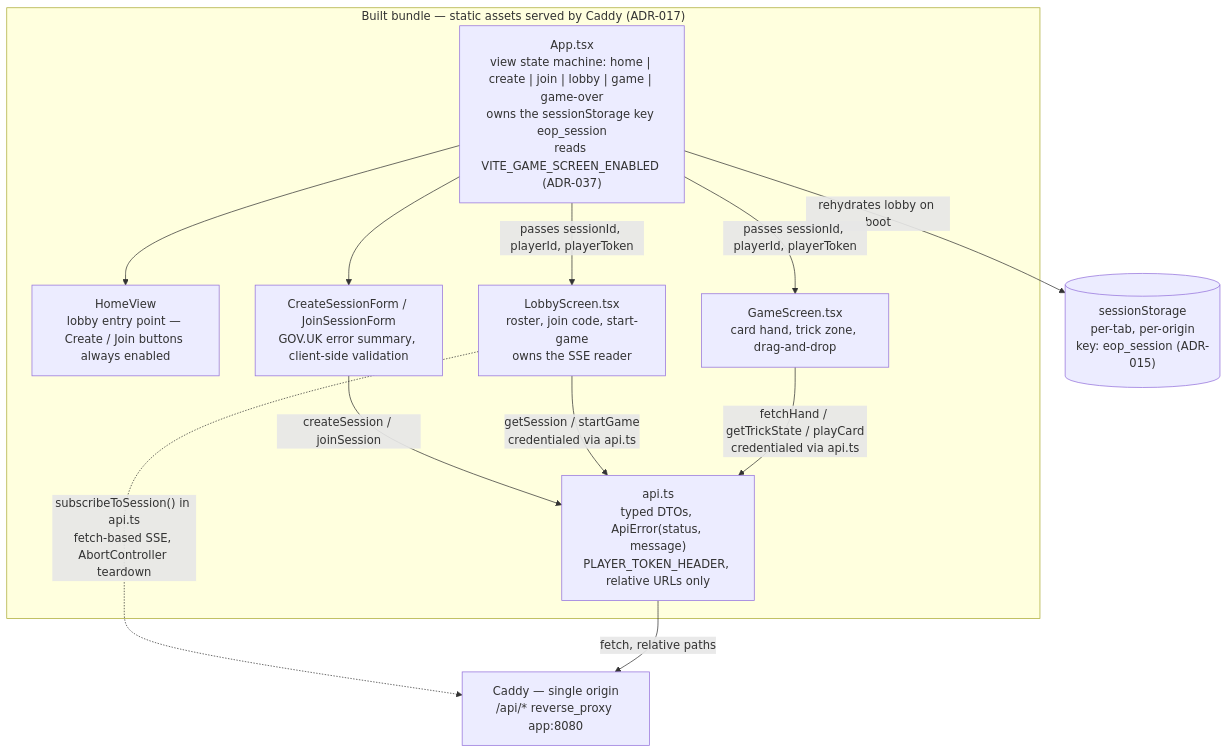
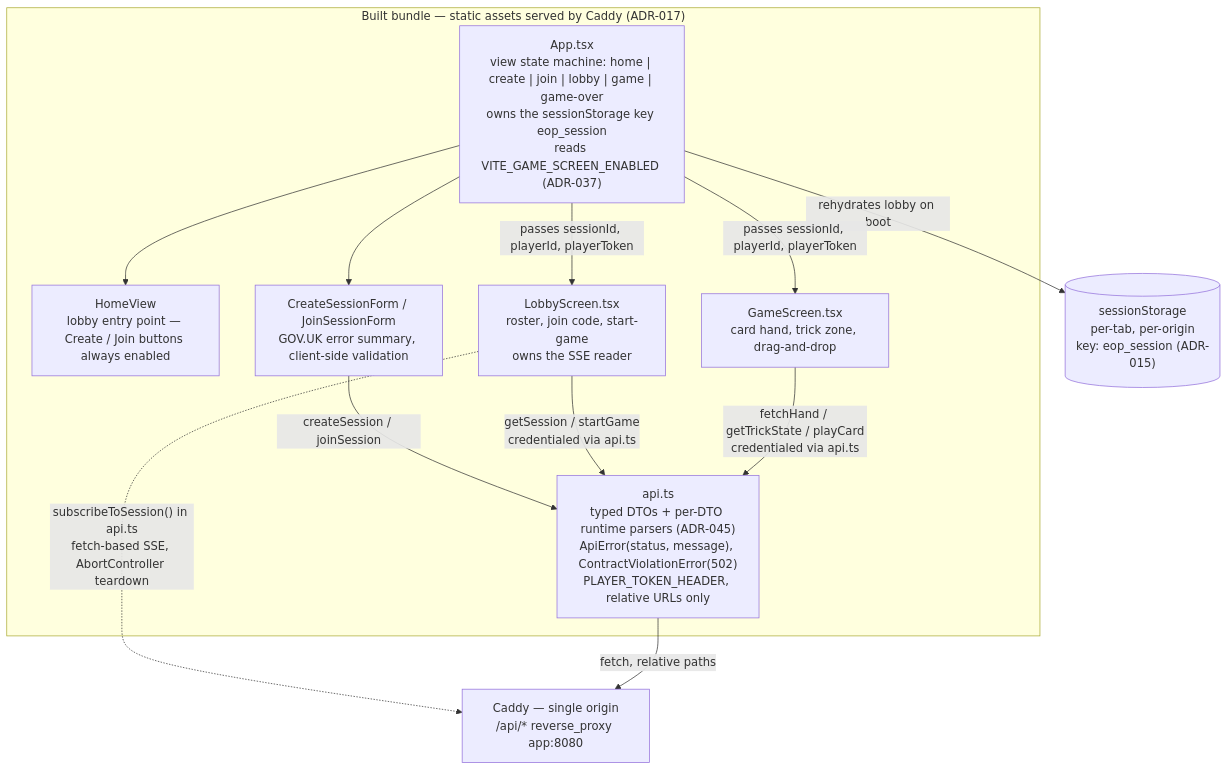
The third of 5 diagrams in docs/architecture/C4-Diagrams.md (maglez/eop-threat-medeling), drawn with Mermaid before and after one commit. The commit also changed other lines of this file and 8 other files, not shown here.

````diff
--- a/docs/architecture/C4-Diagrams.md
+++ b/docs/architecture/C4-Diagrams.md
@@ -798,27 +798,27 @@
 ```mermaid
 flowchart TD
     subgraph bundle["Built bundle — static assets served by Caddy (ADR-017)"]
         APP["App.tsx<br/>view state machine: home | create | join | lobby | game | game-over<br/>owns the sessionStorage key eop_session<br/>reads VITE_GAME_SCREEN_ENABLED (ADR-037)"]
         HOME["HomeView<br/>lobby entry point — Create / Join buttons always enabled"]
         FORMS["CreateSessionForm / JoinSessionForm<br/>GOV.UK error summary, client-side validation"]
         LOBBY["LobbyScreen.tsx<br/>roster, join code, start-game<br/>owns the SSE reader"]
         GAME["GameScreen.tsx<br/>card hand, trick zone, drag-and-drop"]
-        API["api.ts<br/>typed DTOs, ApiError(status, message)<br/>PLAYER_TOKEN_HEADER, relative URLs only"]
+        API["api.ts<br/>typed DTOs + per-DTO runtime parsers (ADR-045)<br/>ApiError(status, message), ContractViolationError(502)<br/>PLAYER_TOKEN_HEADER, relative URLs only"]
     end
 
     SS[("sessionStorage<br/>per-tab, per-origin<br/>key: eop_session (ADR-015)")]
     CADDY["Caddy — single origin<br/>/api/* reverse_proxy app:8080"]
 
     APP -->|"rehydrates lobby on boot"| SS
     APP --> HOME
     APP --> FORMS
     APP -->|"passes sessionId, playerId, playerToken"| LOBBY
     APP -->|"passes sessionId, playerId, playerToken"| GAME
 
     FORMS -->|"createSession / joinSession"| API
     LOBBY -->|"getSession / startGame<br/>credentialed via api.ts"| API
     LOBBY -.->|"subscribeToSession() in api.ts<br/>fetch-based SSE, AbortController teardown"| CADDY
     GAME -->|"fetchHand / getTrickState / playCard<br/>credentialed via api.ts"| API
 
     API -->|"fetch, relative paths"| CADDY
 ```
````
